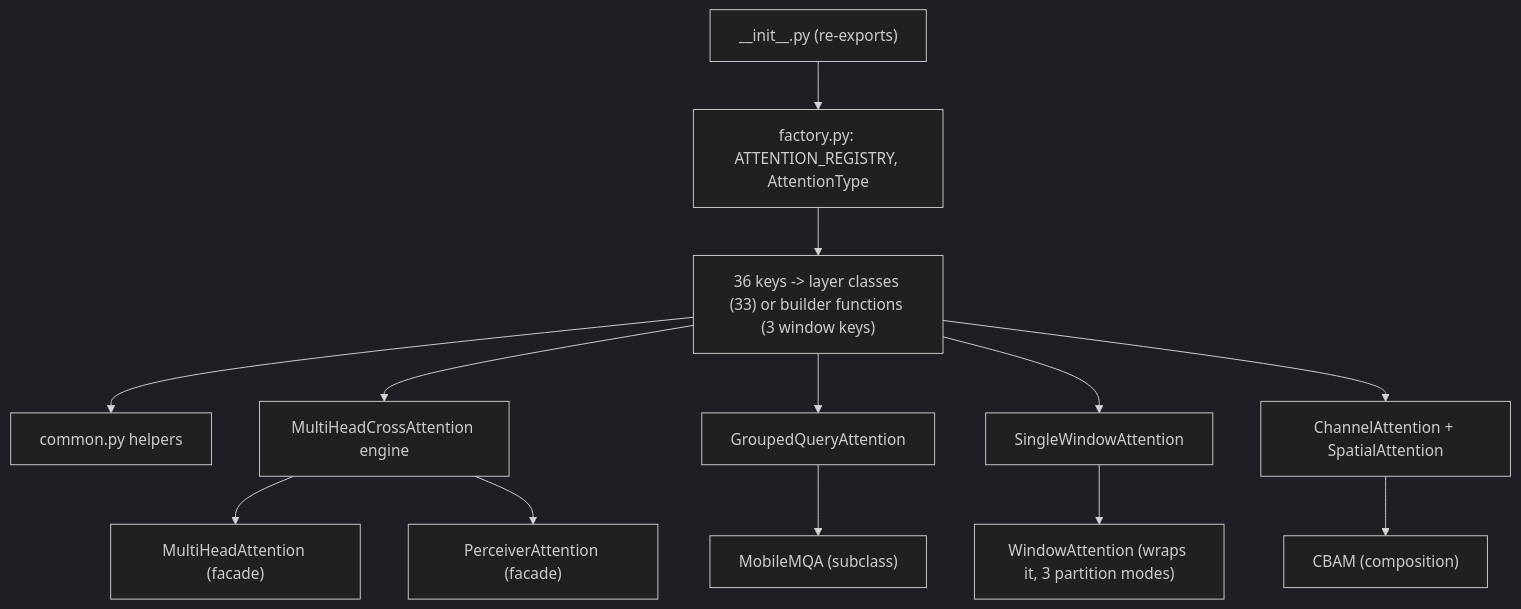
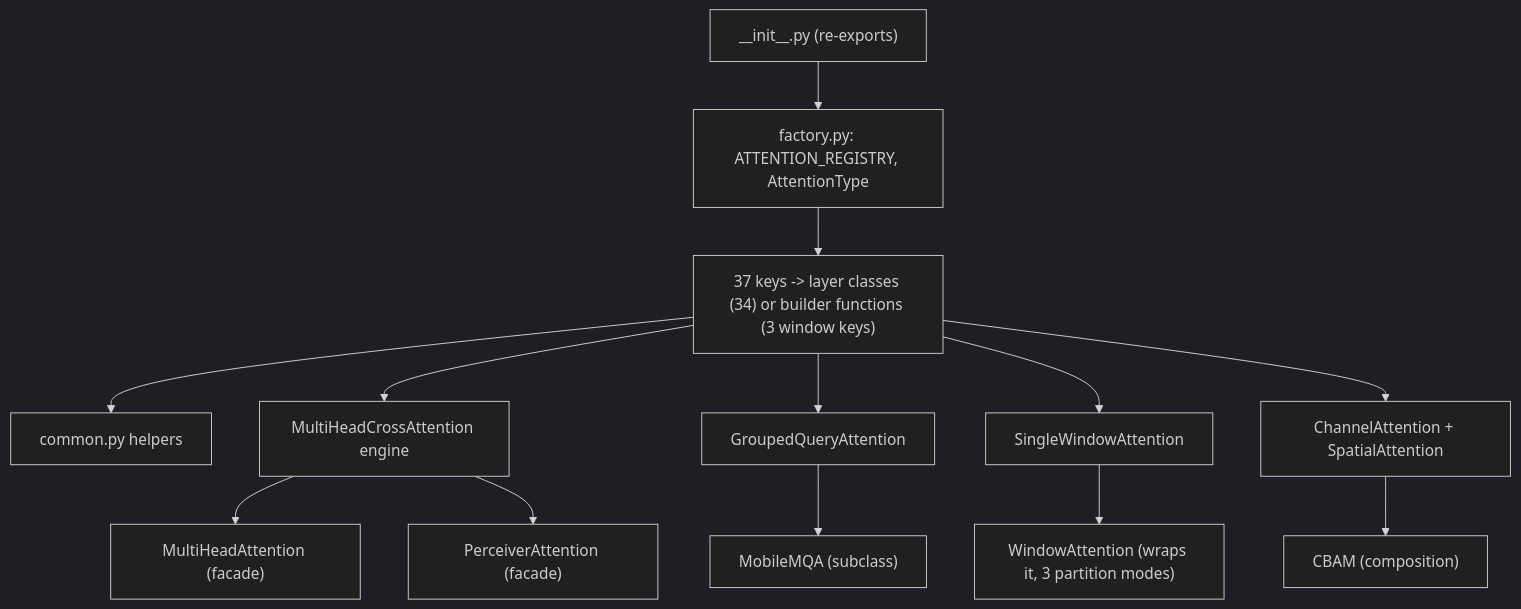
The diagram in src/dl_techniques/layers/attention/AGENTS.md (NikolasMarkou/dl_techniques), drawn with Mermaid (dark theme) before and after one commit. The commit also changed other lines of this file and 7 other files, not shown here.

````diff
--- a/src/dl_techniques/layers/attention/AGENTS.md
+++ b/src/dl_techniques/layers/attention/AGENTS.md
@@ -14,12 +14,12 @@
 ```mermaid
 flowchart TD
     I["__init__.py (re-exports)"] --> F["factory.py: ATTENTION_REGISTRY, AttentionType"]
-    F --> L["36 keys -> layer classes (33) or builder functions (3 window keys)"]
+    F --> L["37 keys -> layer classes (34) or builder functions (3 window keys)"]
     L --> C["common.py helpers"]
     L --> X["MultiHeadCrossAttention engine"]
     X --> W1["MultiHeadAttention (facade)"]
     X --> W2["PerceiverAttention (facade)"]
     L --> G["GroupedQueryAttention"] --> M["MobileMQA (subclass)"]
     L --> S["SingleWindowAttention"] --> WA["WindowAttention (wraps it, 3 partition modes)"]
     L --> CB["ChannelAttention + SpatialAttention"] --> CBAM["CBAM (composition)"]
 ```
````
